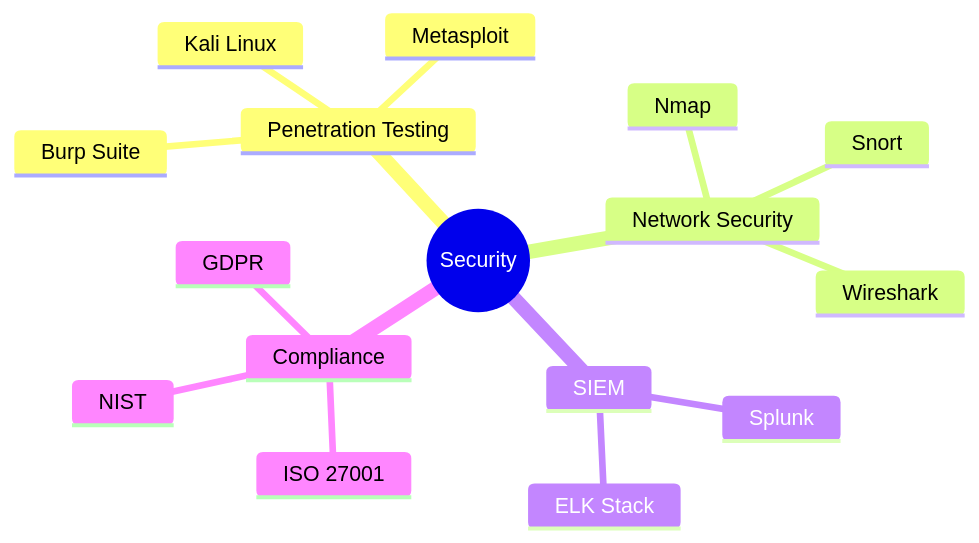
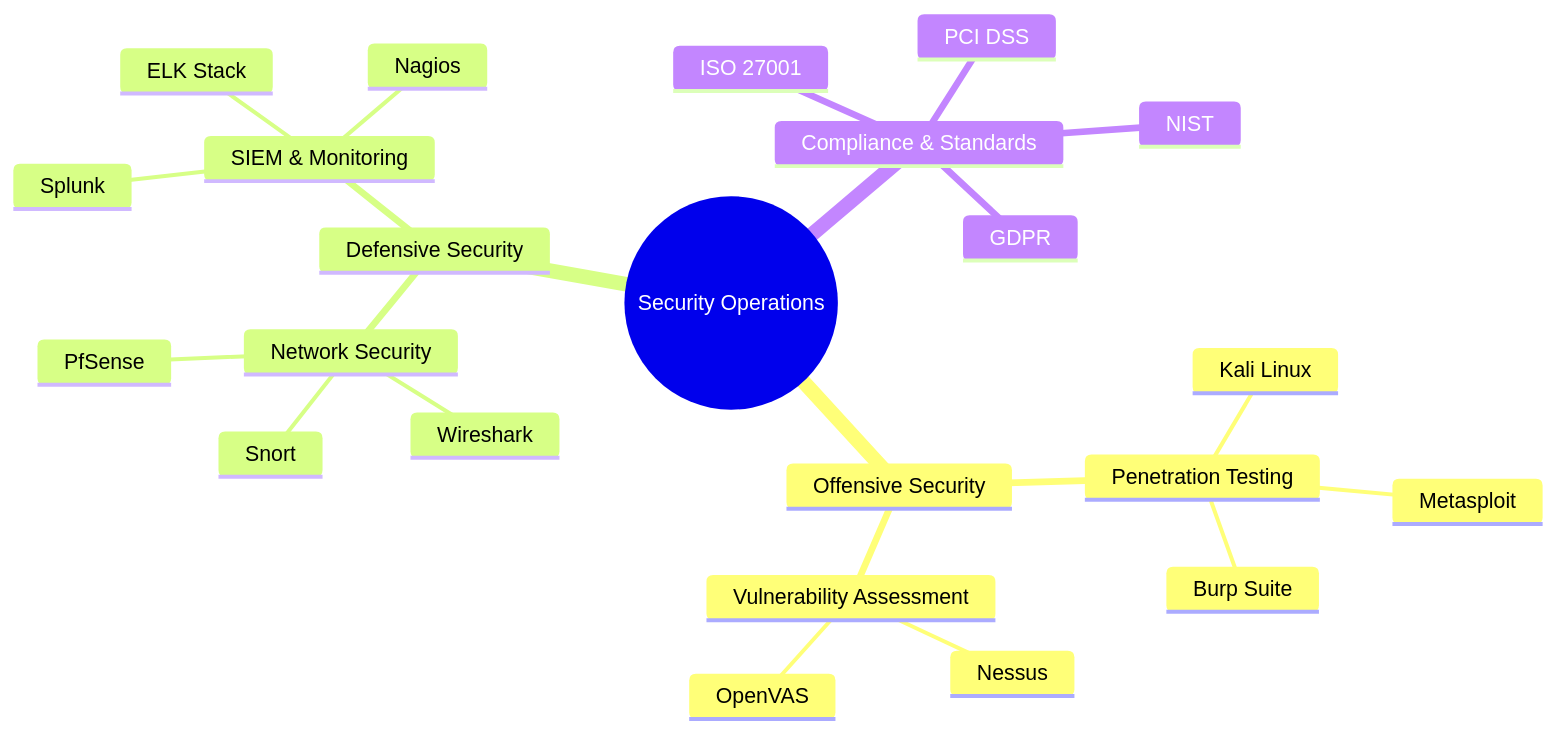
One commit to FakeErrorX/FakeErrorX changed the diagram in README.md. Above: the diagram before and after it, drawn with Mermaid. The commit also changed other lines of this file, not shown here.

````diff
--- a/README.md
+++ b/README.md
@@ -54,19 +63,26 @@
 ```mermaid
 mindmap
-  root((Security))
-    Penetration Testing
-      Kali Linux
-      Metasploit
-      Burp Suite
-    Network Security
-      Wireshark
-      Nmap
-      Snort
-    SIEM
-      Splunk
-      ELK Stack
-    Compliance
+  root((Security Operations))
+    Offensive Security
+      Penetration Testing
+        Kali Linux
+        Metasploit
+        Burp Suite
+      Vulnerability Assessment
+        Nessus
+        OpenVAS
+    Defensive Security
+      Network Security
+        Wireshark
+        Snort
+        PfSense
+      SIEM & Monitoring
+        Splunk
+        ELK Stack
+        Nagios
+    Compliance & Standards
       ISO 27001
       NIST
       GDPR
+      PCI DSS
 ```
````
